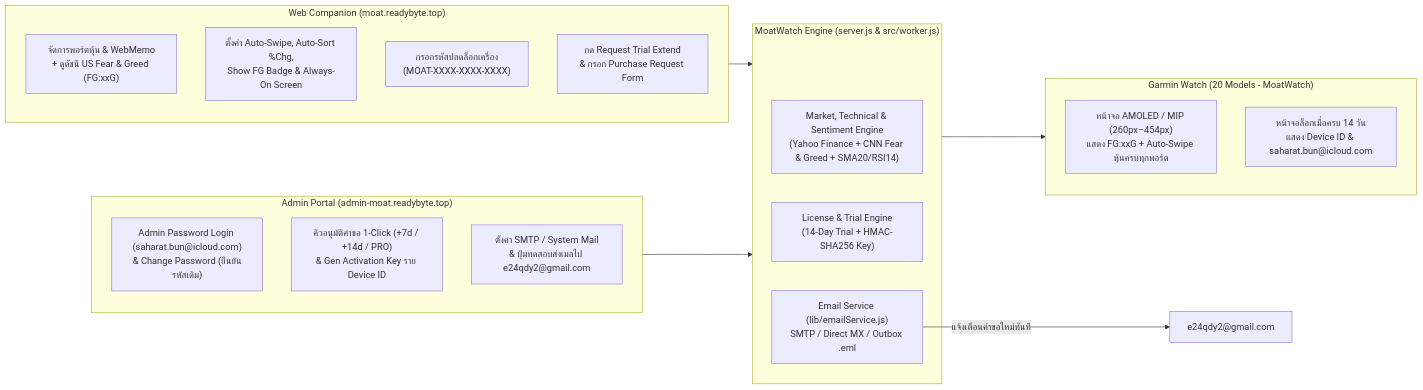
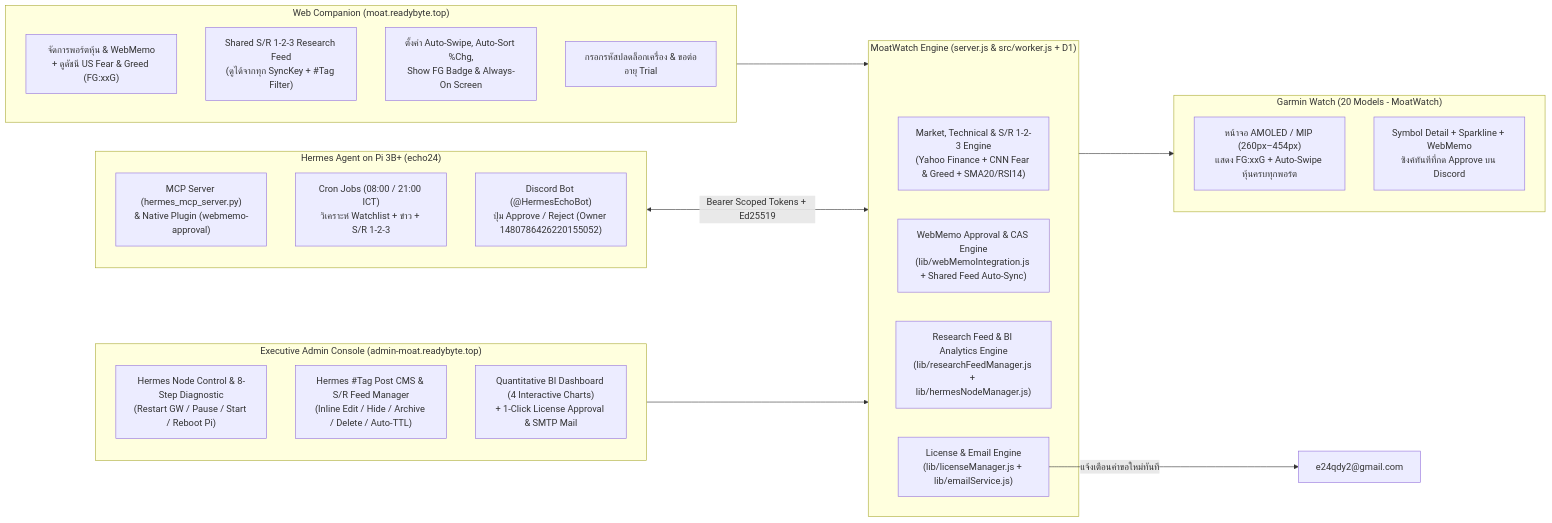
One commit to e24qdy2/garmin-venu2-moat changed the diagram in README.md. Above: the diagram before and after it, drawn with Mermaid. The commit also changed other lines of this file and 1 other file, not shown here.

Commit message:
docs(readme): document MoatWatch MCP tools, Hermes Pi integration, S/R 1-2-3 feed & BI admin

````diff
--- a/README.md
+++ b/README.md
@@ -102,31 +122,39 @@
 ```mermaid
 flowchart LR
     subgraph UserWeb["Web Companion (moat.readybyte.top)"]
         W1["จัดการพอร์ตหุ้น & WebMemo<br/>+ ดูดัชนี US Fear & Greed (FG:xxG)"]
-        W2["ตั้งค่า Auto-Swipe, Auto-Sort %Chg,<br/>Show FG Badge & Always-On Screen"]
-        W3["กรอกรหัสปลดล็อกเครื่อง<br/>(MOAT-XXXX-XXXX-XXXX)"]
-        W4["กด Request Trial Extend<br/>& กรอก Purchase Request Form"]
+        W2["Shared S/R 1-2-3 Research Feed<br/>(ดูได้จากทุก SyncKey + #Tag Filter)"]
+        W3["ตั้งค่า Auto-Swipe, Auto-Sort %Chg,<br/>Show FG Badge & Always-On Screen"]
+        W4["กรอกรหัสปลดล็อกเครื่อง & ขอต่ออายุ Trial"]
     end
 
-    subgraph AdminWeb["Admin Portal (admin-moat.readybyte.top)"]
-        A1["Admin Password Login (saharat.bun@icloud.com)<br/>& Change Password (ยืนยันรหัสเดิม)"]
-        A2["คิวอนุมัติคำขอ 1-Click (+7d / +14d / PRO)<br/>& Gen Activation Key ราย Device ID"]
-        A3["ตั้งค่า SMTP / System Mail<br/>& ปุ่มทดสอบส่งเมลไป e24qdy2@gmail.com"]
+    subgraph HermesPi["Hermes Agent on Pi 3B+ (echo24)"]
+        H1["MCP Server (hermes_mcp_server.py)<br/>& Native Plugin (webmemo-approval)"]
+        H2["Cron Jobs (08:00 / 21:00 ICT)<br/>วิเคราะห์ Watchlist + ข่าว + S/R 1-2-3"]
+        H3["Discord Bot (@HermesEchoBot)<br/>ปุ่ม Approve / Reject (Owner 1480786426220155052)"]
     end
 
-    subgraph CoreAPI["MoatWatch Engine (server.js & src/worker.js)"]
-        S1["Market, Technical & Sentiment Engine<br/>(Yahoo Finance + CNN Fear & Greed + SMA20/RSI14)"]
-        S2["License & Trial Engine<br/>(14-Day Trial + HMAC-SHA256 Key)"]
-        S3["Email Service (lib/emailService.js)<br/>SMTP / Direct MX / Outbox .eml"]
+    subgraph AdminWeb["Executive Admin Console (admin-moat.readybyte.top)"]
+        A1["Hermes Node Control & 8-Step Diagnostic<br/>(Restart GW / Pause / Start / Reboot Pi)"]
+        A2["Hermes #Tag Post CMS & S/R Feed Manager<br/>(Inline Edit / Hide / Archive / Delete / Auto-TTL)"]
+        A3["Quantitative BI Dashboard (4 Interactive Charts)<br/>+ 1-Click License Approval & SMTP Mail"]
+    end
+
+    subgraph CoreAPI["MoatWatch Engine (server.js & src/worker.js + D1)"]
+        S1["Market, Technical & S/R 1-2-3 Engine<br/>(Yahoo Finance + CNN Fear & Greed + SMA20/RSI14)"]
+        S2["WebMemo Approval & CAS Engine<br/>(lib/webMemoIntegration.js + Shared Feed Auto-Sync)"]
+        S3["Research Feed & BI Analytics Engine<br/>(lib/researchFeedManager.js + lib/hermesNodeManager.js)"]
+        S4["License & Email Engine<br/>(lib/licenseManager.js + lib/emailService.js)"]
     end
 
     subgraph Watch["Garmin Watch (20 Models - MoatWatch)"]
         G1["หน้าจอ AMOLED / MIP (260px–454px)<br/>แสดง FG:xxG + Auto-Swipe หุ้นครบทุกพอร์ต"]
-        G2["หน้าจอล็อกเมื่อครบ 14 วัน<br/>แสดง Device ID & saharat.bun@icloud.com"]
+        G2["Symbol Detail + Sparkline + WebMemo<br/>ซิงค์ทันทีที่กด Approve บน Discord"]
     end
 
     UserWeb --> CoreAPI
+    HermesPi <-->|"Bearer Scoped Tokens + Ed25519"| CoreAPI
     AdminWeb --> CoreAPI
     CoreAPI --> Watch
-    S3 -->|"แจ้งเตือนคำขอใหม่ทันที"| Inbox["e24qdy2@gmail.com"]
+    S4 -->|"แจ้งเตือนคำขอใหม่ทันที"| Inbox["e24qdy2@gmail.com"]
 ```
````
